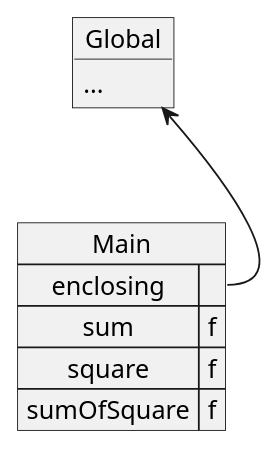
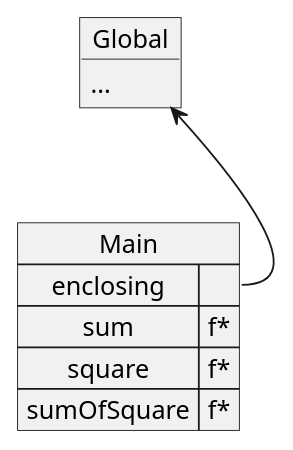
Before and after one commit to SP-DIT/ST0523-lecture-tutorial-practical-ay2526s1: the first of 20 diagrams in Topic 4 Environmental Model/lecture-4-environmental-model.md, drawn with PlantUML. The commit also changed other lines of this file and 5 other files, not shown here.

````diff
--- a/Topic 4 Environmental Model/lecture-4-environmental-model.md
+++ b/Topic 4 Environmental Model/lecture-4-environmental-model.md
@@ -31,15 +31,15 @@
 ```plantuml
 @startuml
 object Global {
     ...
 }
 map Main {
     enclosing =>
-    sum => f
-    square => f
-    sumOfSquare => f
+    sum => f*
+    square => f*
+    sumOfSquare => f*
 }
 
 Global <-- Main::enclosing
 @enduml
 ```
````
